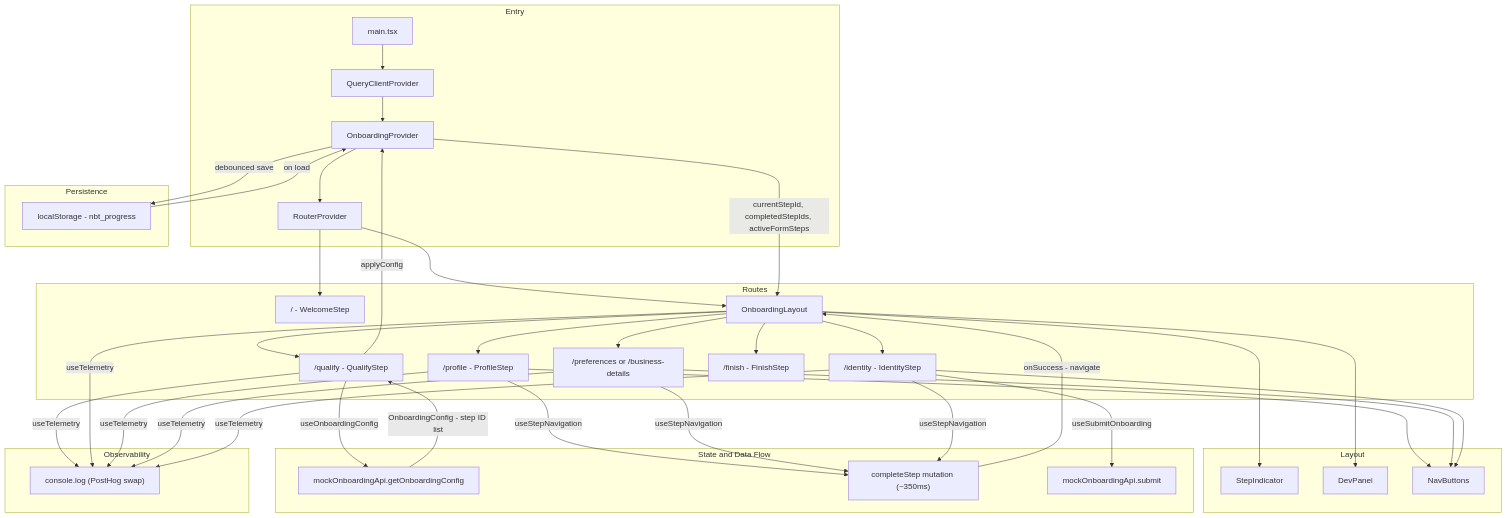
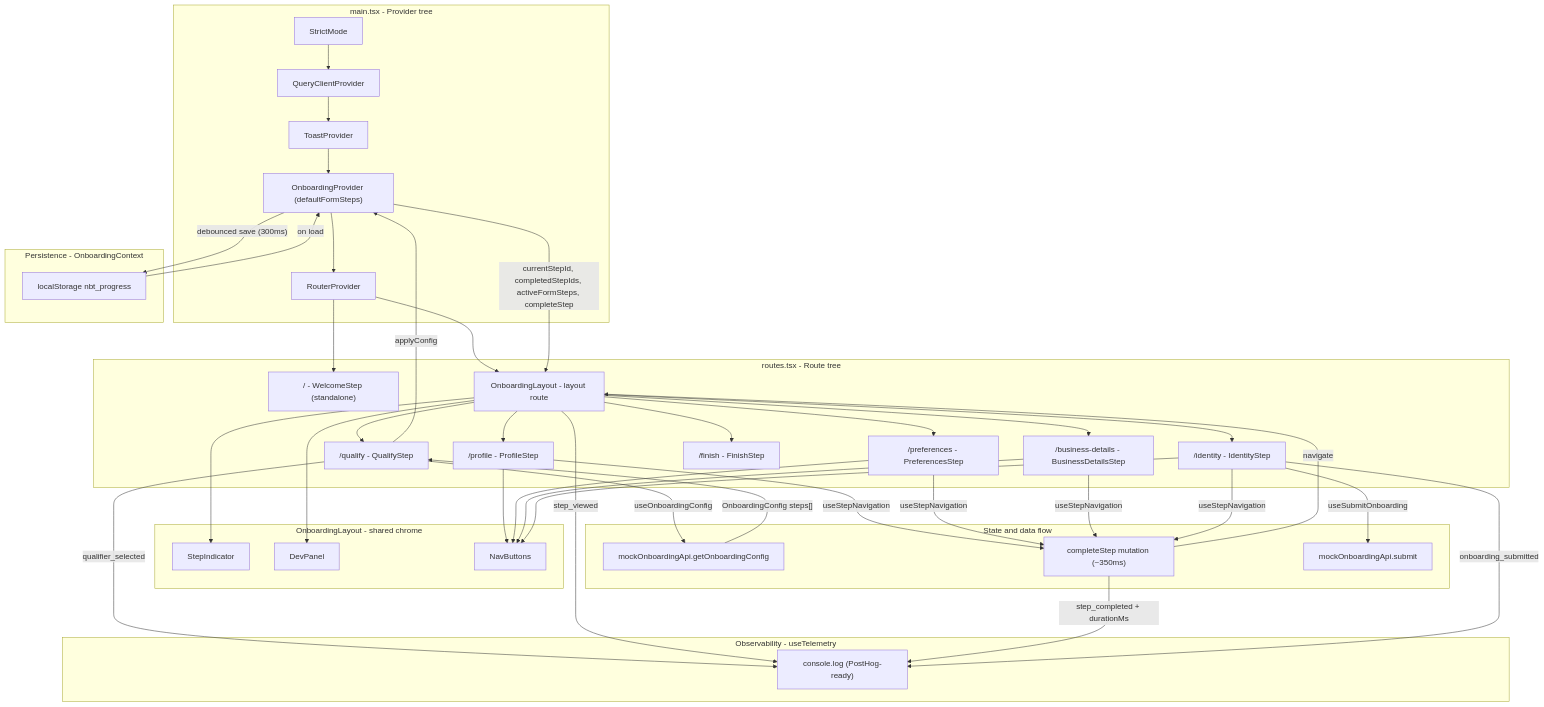
The diagram in README.md (Firecoded/nbt-stepper), drawn with Mermaid before and after one commit. The commit also changed other lines of this file, not shown here.

Commit message:
docs: accurate architecture diagram and project structure for refactor-v2

````diff
--- a/README.md
+++ b/README.md
@@ -110,51 +117,54 @@
 ```mermaid
 flowchart TD
-    subgraph Entry
-        A[main.tsx] --> B[QueryClientProvider]
-        B --> C[OnboardingProvider]
-        C --> D[RouterProvider]
+    subgraph "main.tsx - Provider tree"
+        A[StrictMode] --> B[QueryClientProvider]
+        B --> C[ToastProvider]
+        C --> D["OnboardingProvider (defaultFormSteps)"]
+        D --> E[RouterProvider]
     end
 
-    subgraph Routes
-        D --> E["/ - WelcomeStep"]
-        D --> F[OnboardingLayout]
-        F --> G["/qualify - QualifyStep"]
-        F --> H["/profile - ProfileStep"]
-        F --> I["/preferences or /business-details"]
-        F --> J["/identity - IdentityStep"]
-        F --> K["/finish - FinishStep"]
+    subgraph "routes.tsx - Route tree"
+        E --> F["/ - WelcomeStep (standalone)"]
+        E --> G[OnboardingLayout - layout route]
+        G --> H["/qualify - QualifyStep"]
+        G --> I["/profile - ProfileStep"]
+        G --> J["/preferences - PreferencesStep"]
+        G --> K["/business-details - BusinessDetailsStep"]
+        G --> L["/identity - IdentityStep"]
+        G --> M["/finish - FinishStep"]
     end
 
-    subgraph Layout
-        F --> L[StepIndicator]
-        F --> M[DevPanel]
-        H --> N[NavButtons]
-        I --> N
-        J --> N
+    subgraph "OnboardingLayout - shared chrome"
+        G --> N[StepIndicator]
+        G --> O[DevPanel]
+        I --> P[NavButtons]
+        J --> P
+        K --> P
+        L --> P
     end
 
-    subgraph "State and Data Flow"
-        C -->|currentStepId, completedStepIds, activeFormSteps| F
-        G -->|useOnboardingConfig| O[mockOnboardingApi.getOnboardingConfig]
-        O -->|OnboardingConfig - step ID list| G
-        G -->|applyConfig| C
-        H -->|useStepNavigation| P["completeStep mutation (~350ms)"]
-        I -->|useStepNavigation| P
-        J -->|useStepNavigation| P
-        P -->|onSuccess - navigate| F
-        J -->|useSubmitOnboarding| Q[mockOnboardingApi.submit]
+    subgraph "State and data flow"
+        D -->|"currentStepId, completedStepIds, activeFormSteps, completeStep"| G
+        H -->|useOnboardingConfig| Q[mockOnboardingApi.getOnboardingConfig]
+        Q -->|"OnboardingConfig steps[]"| H
+        H -->|applyConfig| D
+        I -->|useStepNavigation| R["completeStep mutation (~350ms)"]
+        J -->|useStepNavigation| R
+        K -->|useStepNavigation| R
+        L -->|useStepNavigation| R
+        R -->|navigate| G
+        L -->|useSubmitOnboarding| S[mockOnboardingApi.submit]
     end
 
-    subgraph Persistence
-        C -->|debounced save| R[localStorage - nbt_progress]
-        R -->|on load| C
+    subgraph "Persistence - OnboardingContext"
+        D -->|"debounced save (300ms)"| T["localStorage nbt_progress"]
+        T -->|on load| D
     end
 
-    subgraph Observability
-        G -->|useTelemetry| S["console.log (PostHog swap)"]
-        F -->|useTelemetry| S
-        H -->|useTelemetry| S
-        I -->|useTelemetry| S
-        J -->|useTelemetry| S
+    subgraph "Observability - useTelemetry"
+        H -->|qualifier_selected| U["console.log (PostHog-ready)"]
+        G -->|step_viewed| U
+        R -->|step_completed + durationMs| U
+        L -->|onboarding_submitted| U
     end
 ```
````
